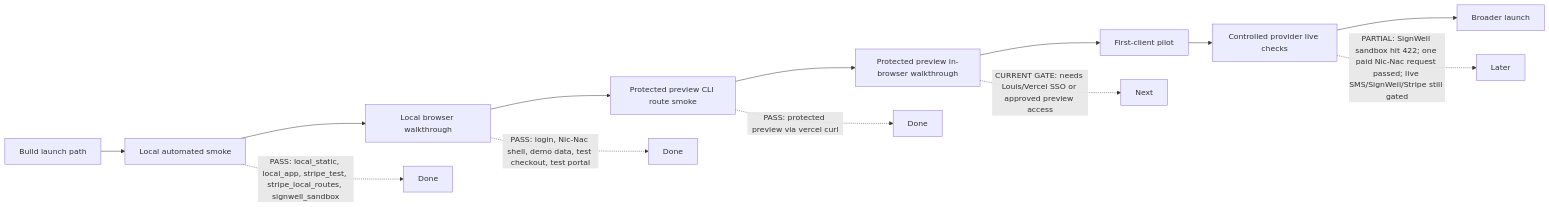
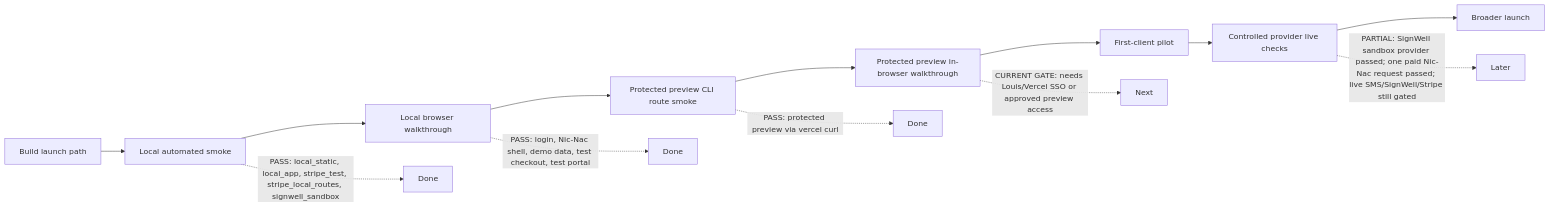
The diagram in docs/sparkle-suite/launch-readiness-2026-05-18.md (louis623/neon-rabbit-core), drawn with Mermaid before and after one commit. The commit also changed other lines of this file and 7 other files, not shown here.

Commit message:
fix: harden SignWell sandbox provider smoke

````diff
--- a/docs/sparkle-suite/launch-readiness-2026-05-18.md
+++ b/docs/sparkle-suite/launch-readiness-2026-05-18.md
@@ -41,16 +41,16 @@
 ```mermaid
 flowchart LR
   A["Build launch path"] --> B["Local automated smoke"]
   B --> C["Local browser walkthrough"]
   C --> D["Protected preview CLI route smoke"]
   D --> E["Protected preview in-browser walkthrough"]
   E --> F["First-client pilot"]
   F --> G["Controlled provider live checks"]
   G --> H["Broader launch"]
 
   B -. "PASS: local_static, local_app, stripe_test, stripe_local_routes, signwell_sandbox" .-> B1["Done"]
   C -. "PASS: login, Nic-Nac shell, demo data, test checkout, test portal" .-> C1["Done"]
   D -. "PASS: protected preview via vercel curl" .-> D1["Done"]
   E -. "CURRENT GATE: needs Louis/Vercel SSO or approved preview access" .-> E1["Next"]
-  G -. "PARTIAL: SignWell sandbox hit 422; one paid Nic-Nac request passed; live SMS/SignWell/Stripe still gated" .-> G1["Later"]
+  G -. "PARTIAL: SignWell sandbox provider passed; one paid Nic-Nac request passed; live SMS/SignWell/Stripe still gated" .-> G1["Later"]
 ```
````
